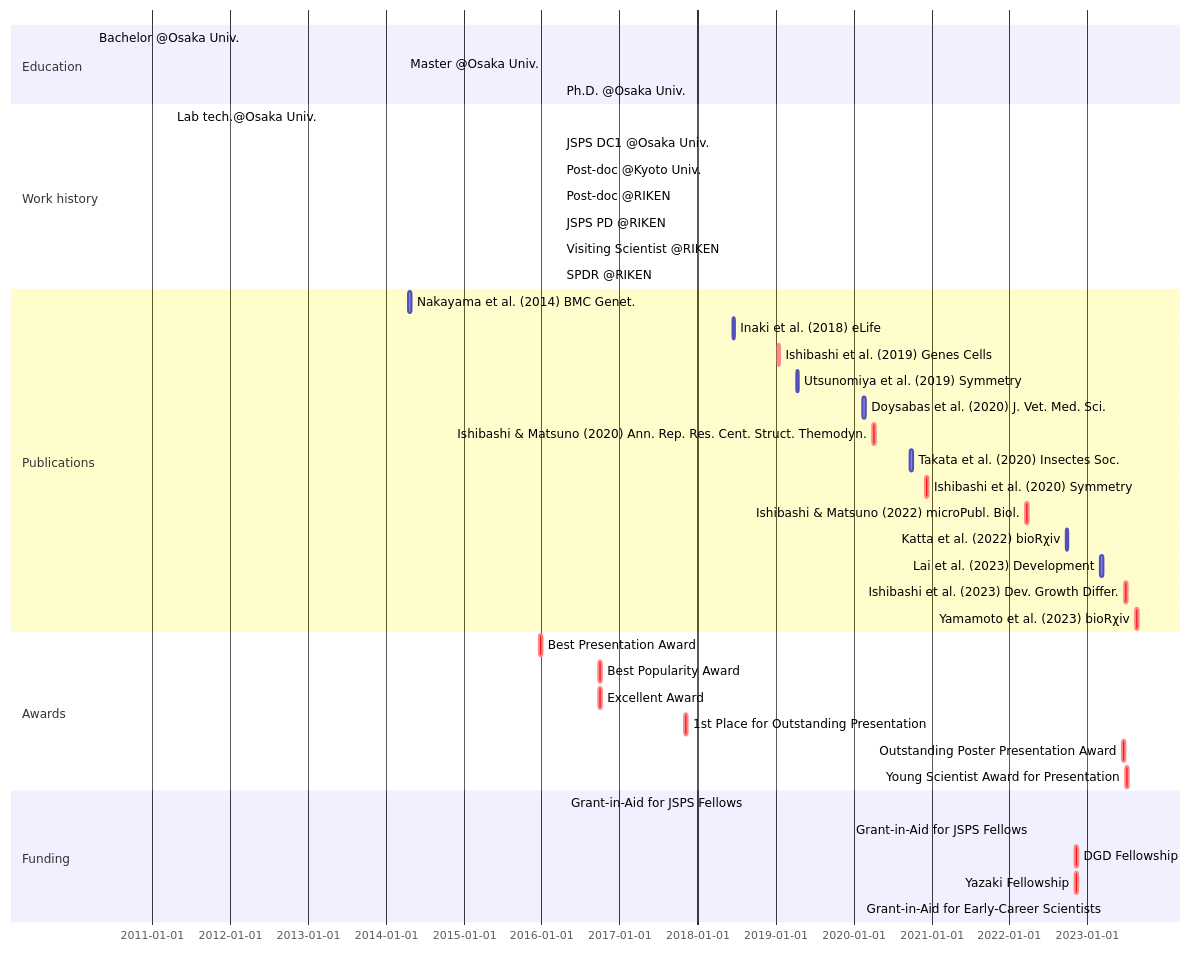
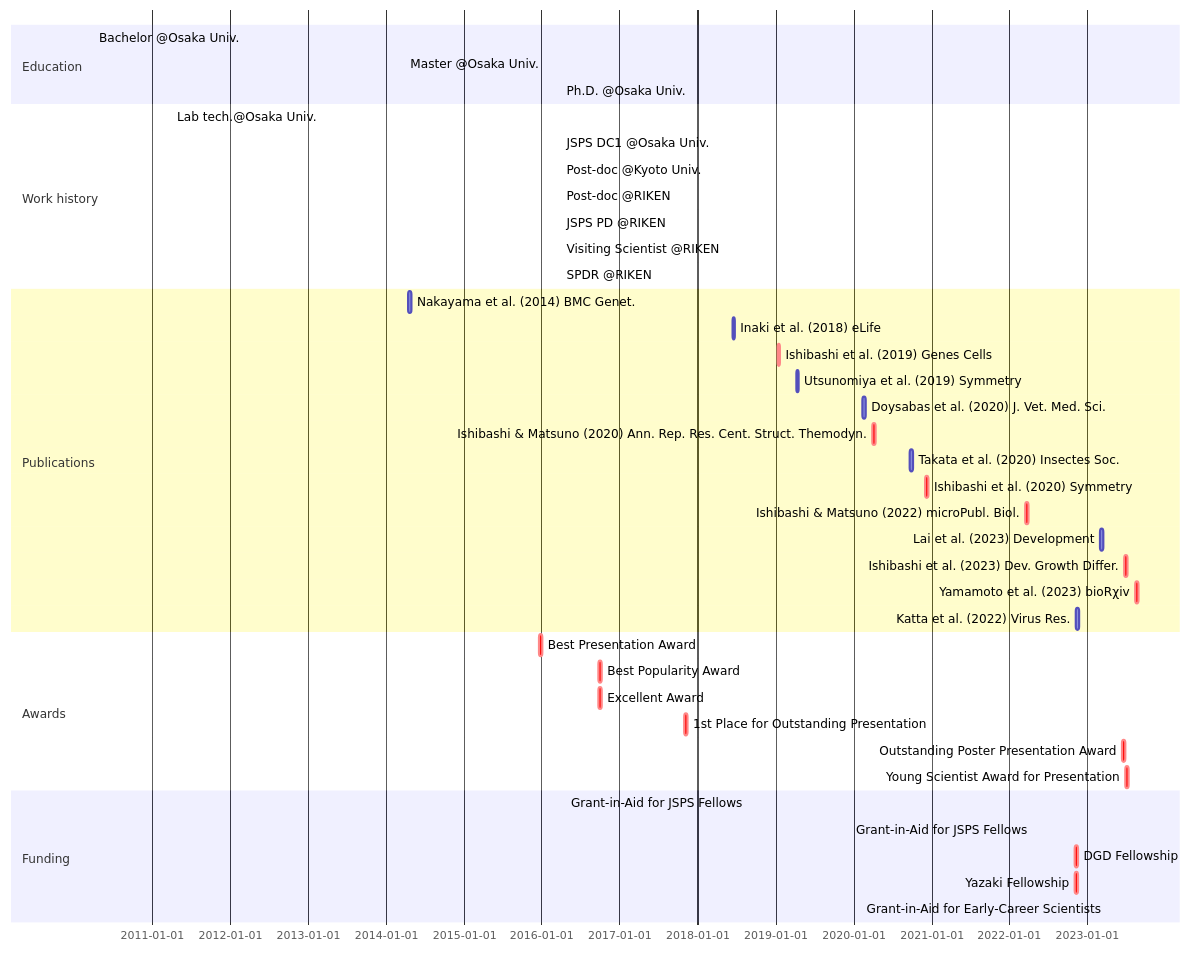
Before and after one commit to ishibaki/ishibaki.github.io: the diagram in _includes/mermaid-cv.md, drawn with Mermaid.

````diff
--- a/_includes/mermaid-cv.md
+++ b/_includes/mermaid-cv.md
@@ -1,42 +1,42 @@
 ```mermaid
 gantt
 section Education
   Bachelor @Osaka Univ. : BS, 2010-04-01, 2014-03-25
   Master @Osaka Univ.   : MS, 2014-04-01, 2016-03-28
   Ph.D. @Osaka Univ.    : Ph.D., 2016-04-01, 2019-03-25
 section Work history
   Lab tech.@Osaka Univ.     : done, OU-tech, 2011-04-01, 2012-03-31
   JSPS DC1 @Osaka Univ.     : done, DC1, 2016-04-01, 2019-03-31
   Post-doc @Kyoto Univ.     : done, KU-postdoc, after DC1, 2021-04-30
   Post-doc @RIKEN           : done, RIKEN-postdoc, after KU-postdoc, 2022-03-31
   JSPS PD @RIKEN            : done, PD, after RIKEN-postdoc, 2023-03-31
   Visiting Scientist @RIKEN : done, Visit-Sci, after RIKEN-postdoc, 2023-03-31
   SPDR @RIKEN               : active, SPDR, after PD, 2026-03-31
 section Publications
   Nakayama et al. (2014) BMC Genet.           :       nakayama2014, 2014-04-16, 2w
   Inaki et al. (2018) eLife                   :       inaki2018, 2018-06-12, 2w
   Ishibashi et al. (2019) Genes Cells         : crit, ishibashi2019, 2019-01-09, 2w
   Utsunomiya et al. (2019) Symmetry           :       utsunomiya2019, 2019-04-08, 2w
   Doysabas et al. (2020) J. Vet. Med. Sci.    :       doysabas2020, 2020-02-12, 2w
   Ishibashi & Matsuno (2020) Ann. Rep. Res. Cent. Struct. Themodyn. : crit, ishibashi2020a, 2020-04-01, 2w
   Takata et al. (2020) Insectes Soc.          :       takata2020, 2020-09-22, 2w
   Ishibashi et al. (2020) Symmetry            : crit, ishibashi2020b, 2020-12-02, 2w
   Ishibashi & Matsuno (2022) microPubl. Biol. : crit, ishibashi2022, 2022-03-18, 2w
-  Katta et al. (2022) bioRχiv                 :       katta2022, 2022-09-22, 2w
   Lai et al. (2023) Development               :       lai2023, 2023-03-02, 2w
   Ishibashi et al. (2023) Dev. Growth Differ. : crit, ishibashi2023, 2023-06-25, 2w
-  Yamamoto et al. (2023) bioRχiv              : crit, Yamamoto2023, 2023-08-16, 2w 
+  Yamamoto et al. (2023) bioRχiv              : crit, yamamoto2023, 2023-08-16, 2w
+  Katta et al. (2022) Virus Res.              :       katta2023, 2022-11-08, 2w
 section Awards
   Best Presentation Award                  : crit, aw_1, 2015-12-20, 2w
   Best Popularity Award                    : crit, aw_2, 2016-09-25, 2w
   Excellent Award                          : crit, aw_3, 2016-09-25, 2w
   1st Place for Outstanding Presentation   : crit, aw_4, 2017-11-01, 2w
   Outstanding Poster Presentation Award    : crit, aw_5, 2023-06-15, 2w
   Young Scientist Award for Presentation   : crit, aw_6, 2023-06-29, 2w
 section Funding
   Grant-in-Aid for JSPS Fellows : done, grant_DC1, 2016-04-22, 2019-03-31
   Grant-in-Aid for JSPS Fellows : active, grant_PD, 2022-04-22, 2025-03-31
   DGD Fellowship:                 crit, dgd_fellowship, 2022-11-04, 2w
   Yazaki Fellowship:              crit, yazaki_fellowship, 2022-11-04, 2w
   Grant-in-Aid for Early-Career Scientists : active, grant_ecs2023, 2023-04-01, 2026-03-31
 ```
````
